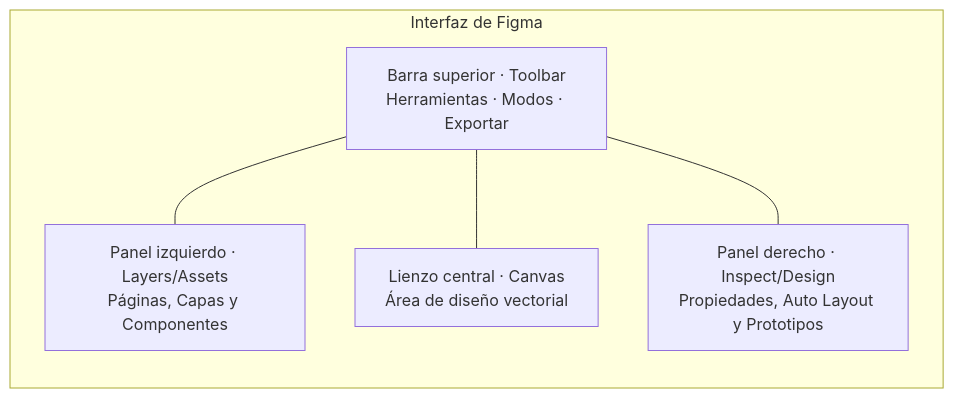
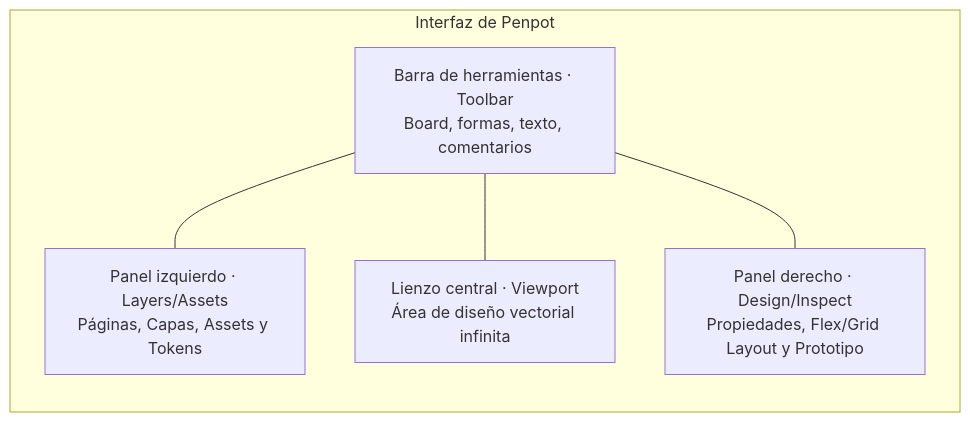
The sixth of 10 diagrams in docs/ud1.md (jmfiorisies/diw), drawn with Mermaid before and after one commit. The commit also changed other lines of this file and 3 other files, not shown here.

````diff
--- a/docs/ud1.md
+++ b/docs/ud1.md
@@ -246,14 +329,14 @@
 ```mermaid
 flowchart LR
-    subgraph Interfaz de Figma
+    subgraph Interfaz de Penpot
     direction TB
-    T["Barra superior · Toolbar<br/>Herramientas · Modos · Exportar"]
-    L["Panel izquierdo · Layers/Assets<br/>Páginas, Capas y Componentes"]
-    C["Lienzo central · Canvas<br/>Área de diseño vectorial"]
-    R["Panel derecho · Inspect/Design<br/>Propiedades, Auto Layout y Prototipos"]
+    T["Barra de herramientas · Toolbar<br/>Board, formas, texto, comentarios"]
+    L["Panel izquierdo · Layers/Assets<br/>Páginas, Capas, Assets y Tokens"]
+    C["Lienzo central · Viewport<br/>Área de diseño vectorial infinita"]
+    R["Panel derecho · Design/Inspect<br/>Propiedades, Flex/Grid Layout y Prototipo"]
     end
     T --- L
     T --- C
     T --- R
 
 ```
````
